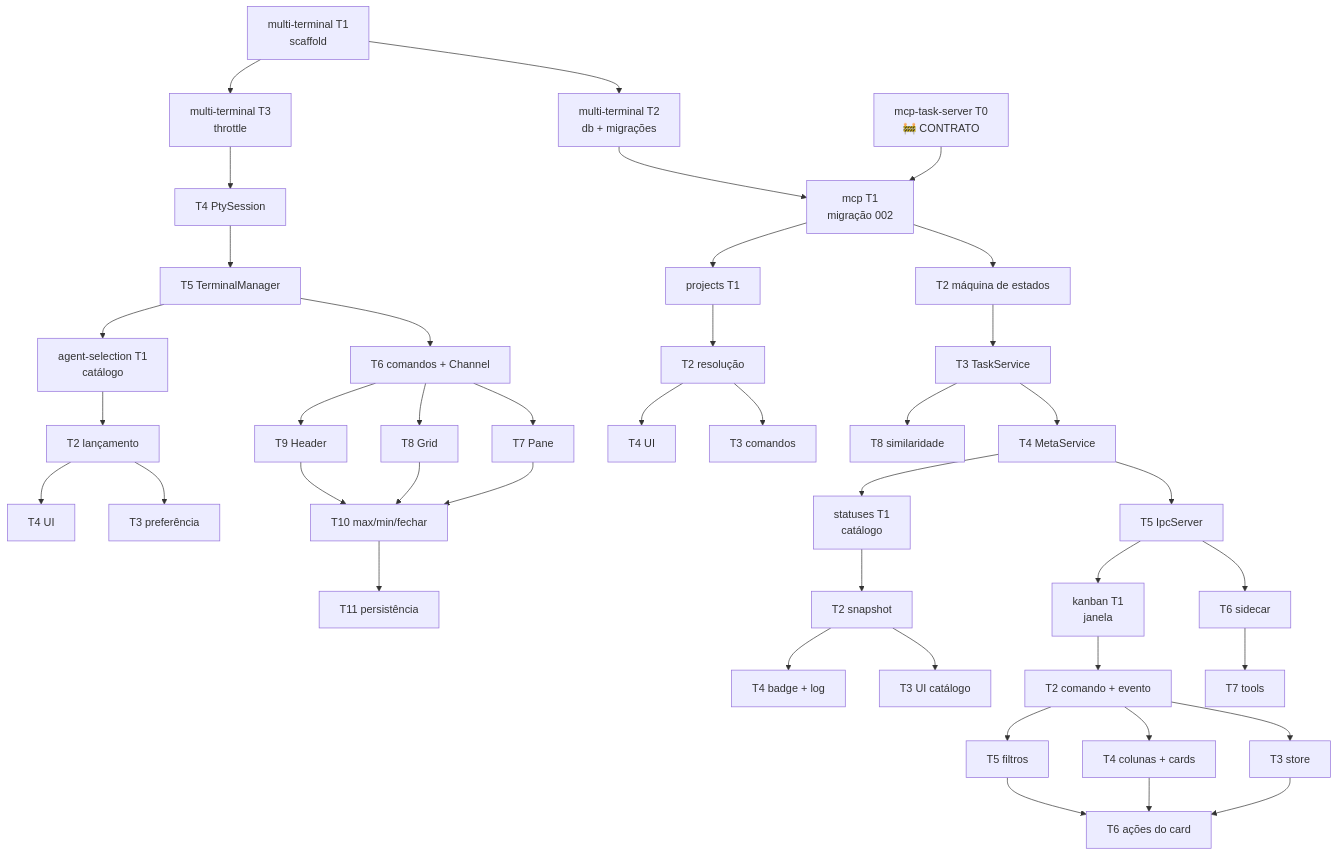
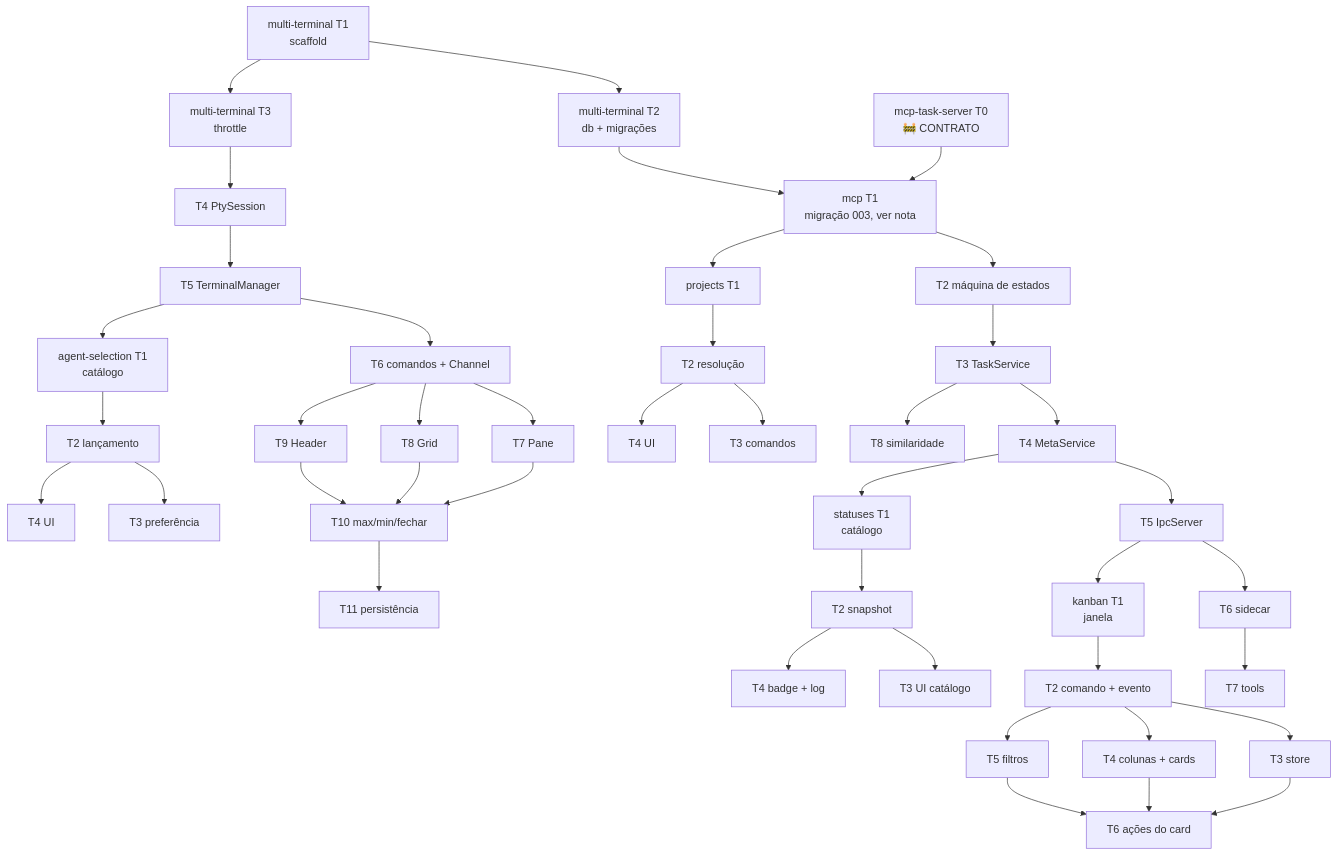
Before and after one commit to rafaelsene01/swarmdeck: the diagram in .specs/project/EXECUTION.md, drawn with Mermaid. The commit also changed other lines of this file and 21 other files, not shown here.

````diff
--- a/.specs/project/EXECUTION.md
+++ b/.specs/project/EXECUTION.md
@@ -13,34 +13,34 @@
 ```mermaid
 graph TD
     MT1[multi-terminal T1<br/>scaffold] --> MT2[multi-terminal T2<br/>db + migrações]
     MT1 --> MT3[multi-terminal T3<br/>throttle]
     MT3 --> MT4[T4 PtySession] --> MT5[T5 TerminalManager] --> MT6[T6 comandos + Channel]
     MT6 --> MT7[T7 Pane]
     MT6 --> MT8[T8 Grid]
     MT6 --> MT9[T9 Header]
     MT7 & MT8 & MT9 --> MT10[T10 max/min/fechar] --> MT11[T11 persistência]
 
     MT5 --> AG1[agent-selection T1<br/>catálogo]
     AG1 --> AG2[T2 lançamento] --> AG3[T3 preferência]
     AG2 --> AG4[T4 UI]
 
     T0[mcp-task-server T0<br/>🚧 CONTRATO] --> MS1
-    MT2 --> MS1[mcp T1<br/>migração 002]
+    MT2 --> MS1[mcp T1<br/>migração 003, ver nota]
     MS1 --> MS2[T2 máquina de estados] --> MS3[T3 TaskService]
     MS3 --> MS4[T4 MetaService] --> MS5[T5 IpcServer] --> MS6[T6 sidecar] --> MS7[T7 tools]
     MS3 --> MS8[T8 similaridade]
 
     MS1 --> PR1[projects T1] --> PR2[T2 resolução]
     PR2 --> PR3[T3 comandos]
     PR2 --> PR4[T4 UI]
 
     MS4 --> TS1[statuses T1<br/>catálogo] --> TS2[T2 snapshot]
     TS2 --> TS3[T3 UI catálogo]
     TS2 --> TS4[T4 badge + log]
 
     MS5 --> KB1[kanban T1<br/>janela] --> KB2[T2 comando + evento]
     KB2 --> KB3[T3 store]
     KB2 --> KB4[T4 colunas + cards]
     KB2 --> KB5[T5 filtros]
     KB3 & KB4 & KB5 --> KB6[T6 ações do card]
 ```
````
